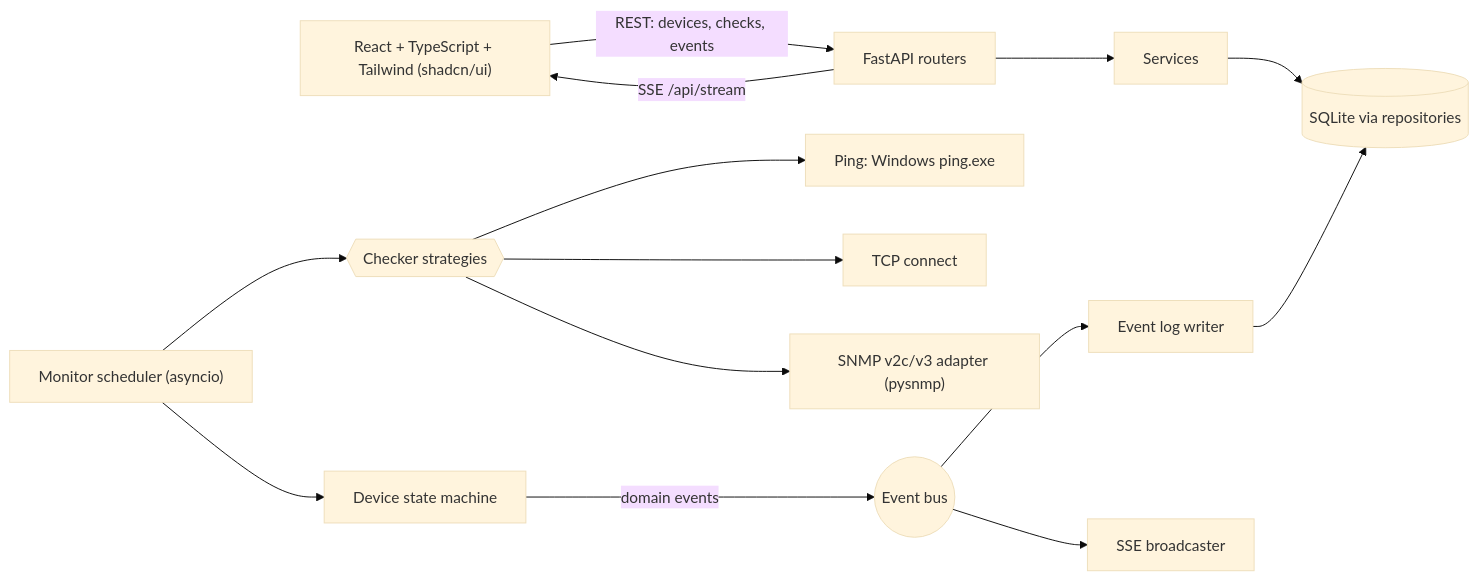
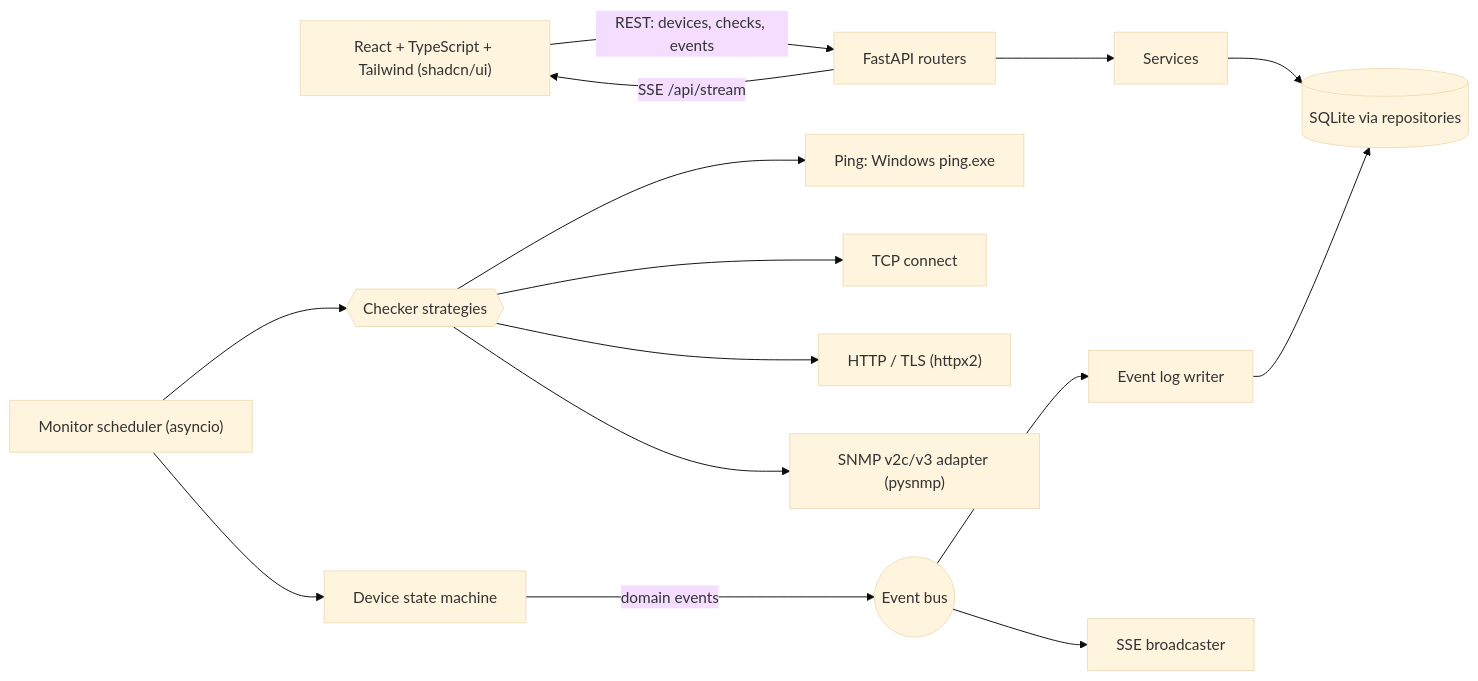
The diagram in README.md (bajundotdev/netpulse), drawn with Mermaid (base theme) before and after one commit. The commit also changed other lines of this file and 1 other file, not shown here.

````diff
--- a/README.md
+++ b/README.md
@@ -38,16 +49,17 @@
 ```mermaid
 flowchart LR
   UI["React + TypeScript + Tailwind (shadcn/ui)"] -- "REST: devices, checks, events" --> API["FastAPI routers"]
   API -- "SSE /api/stream" --> UI
   API --> SVC["Services"]
   SVC --> REPO[("SQLite via repositories")]
   SCHED["Monitor scheduler (asyncio)"] --> CHK{{"Checker strategies"}}
   CHK --> PING["Ping: Windows ping.exe"]
   CHK --> TCP["TCP connect"]
+  CHK --> HTTP["HTTP / TLS (httpx2)"]
   CHK --> SNMP["SNMP v2c/v3 adapter (pysnmp)"]
   SCHED --> SM["Device state machine"]
   SM -- "domain events" --> BUS(("Event bus"))
   BUS --> LOG["Event log writer"]
   BUS --> PUSH["SSE broadcaster"]
   LOG --> REPO
 ```
````
